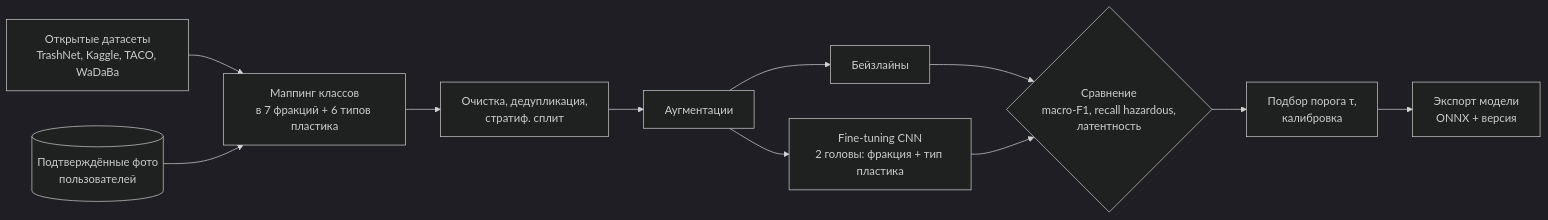
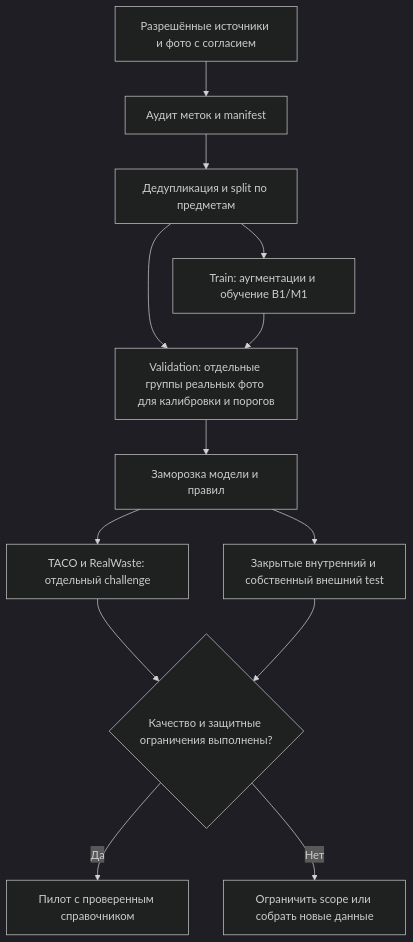
Before and after one commit to mura4k/waste_sorter: the first of 2 diagrams in docs/ml_system_design_doc.md, drawn with Mermaid (dark theme). The commit also changed other lines of this file and 7 other files, not shown here.

Commit message:
Address HW1 review: validation, hazardous routing and disposal policies

````diff
--- a/docs/ml_system_design_doc.md
+++ b/docs/ml_system_design_doc.md
@@ -197,13 +321,15 @@
 ```mermaid
-flowchart LR
-    A[Открытые датасеты<br/>TrashNet, Kaggle, TACO, WaDaBa] --> B[Маппинг классов<br/>в 7 фракций + 6 типов пластика]
-    U[(Подтверждённые фото<br/>пользователей)] --> B
-    B --> C[Очистка, дедупликация,<br/>стратиф. сплит]
-    C --> D[Аугментации]
-    D --> E[Бейзлайны]
-    D --> F[Fine-tuning CNN<br/>2 головы: фракция + тип пластика]
-    E --> G{Сравнение<br/>macro-F1, recall hazardous,<br/>латентность}
-    F --> G
-    G --> H[Подбор порога τ,<br/>калибровка]
-    H --> I[Экспорт модели<br/>ONNX + версия]
+flowchart TD
+    A[Разрешённые источники и фото с согласием] --> B[Аудит меток и manifest]
+    B --> C[Дедупликация и split по предметам]
+    C --> TR[Train: аугментации и обучение B1/M1]
+    C --> V[Validation: отдельные группы реальных фото для калибровки и порогов]
+    TR --> V
+    V --> F[Заморозка модели и правил]
+    F --> T[Закрытые внутренний и собственный внешний test]
+    F --> CH[TACO и RealWaste: отдельный challenge]
+    CH --> G
+    T --> G{Качество и защитные ограничения выполнены?}
+    G -->|Да| P[Пилот с проверенным справочником]
+    G -->|Нет| N[Ограничить scope или собрать новые данные]
 ```
````
